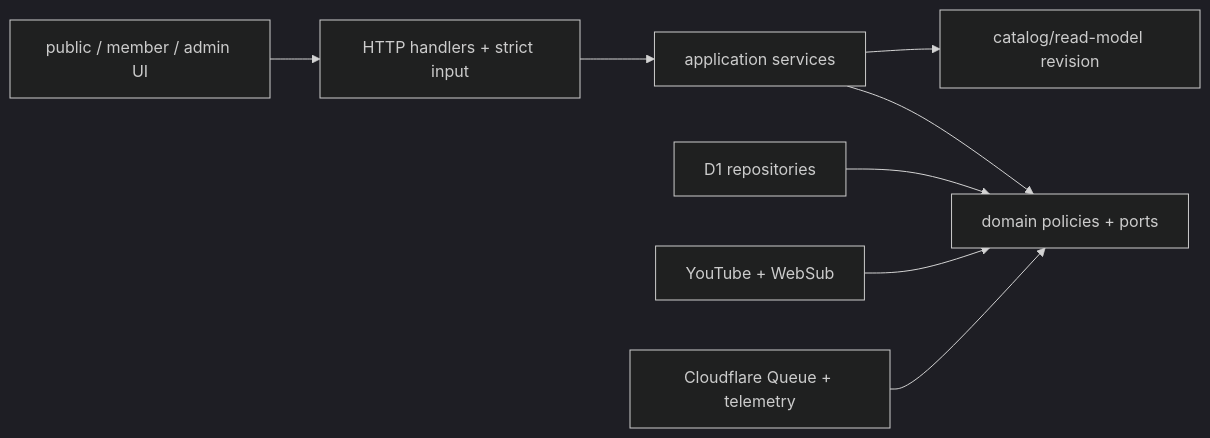
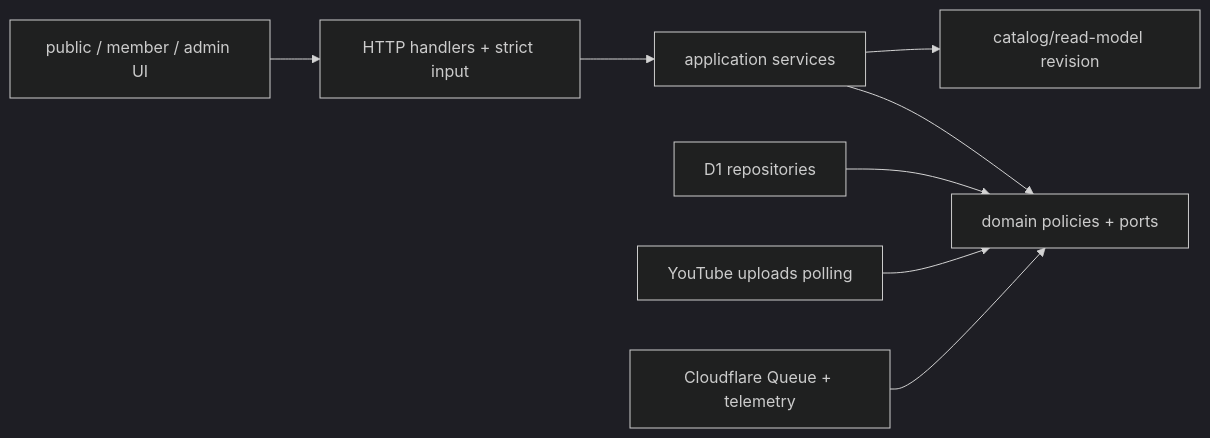
Before and after one commit to rlatmfrl24/overthewall-schedule: the tenth of 10 diagrams in docs/architecture.md, drawn with Mermaid (dark theme). The commit also changed other lines of this file and 72 other files, not shown here.

Commit message:
Remove retired implementations and migrate canonical YouTube quota

````diff
--- a/docs/architecture.md
+++ b/docs/architecture.md
@@ -764,10 +764,10 @@
 ```mermaid
 flowchart LR
   public["public / member / admin UI"] --> http["HTTP handlers + strict input"]
   http --> app["application services"]
   app --> ports["domain policies + ports"]
   d1["D1 repositories"] --> ports
-  yt["YouTube + WebSub"] --> ports
+  yt["YouTube uploads polling"] --> ports
   queue["Cloudflare Queue + telemetry"] --> ports
   app --> read["catalog/read-model revision"]
 ```
````
